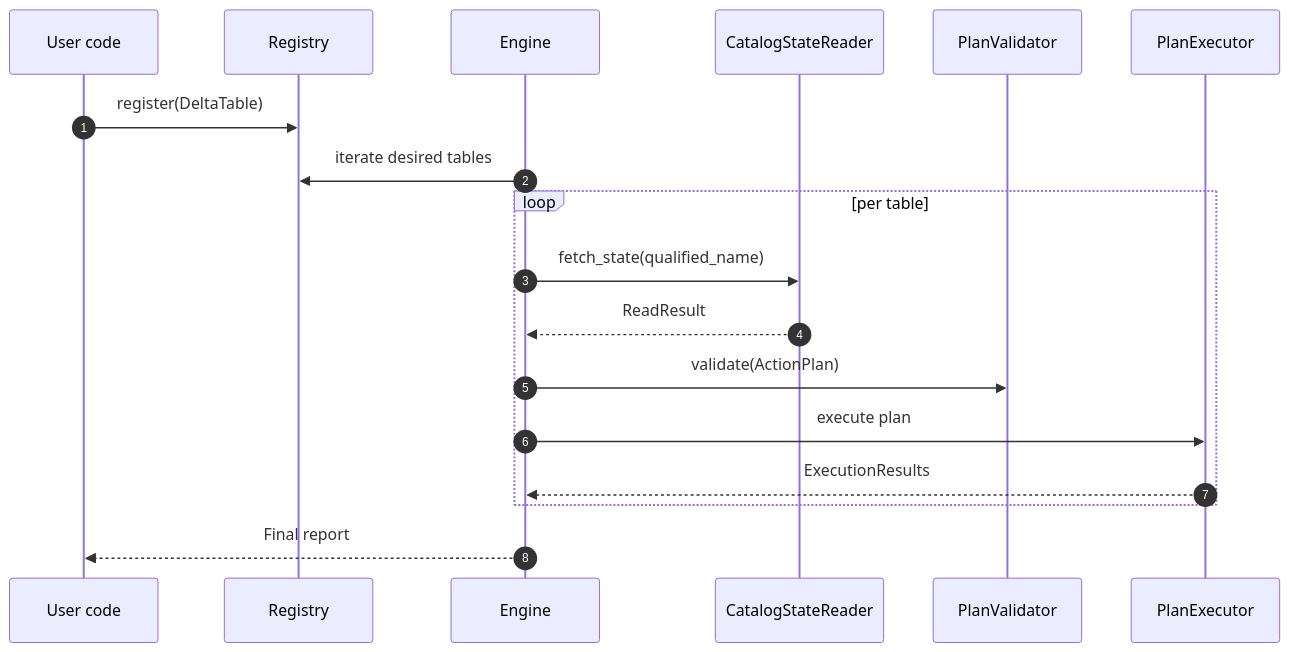
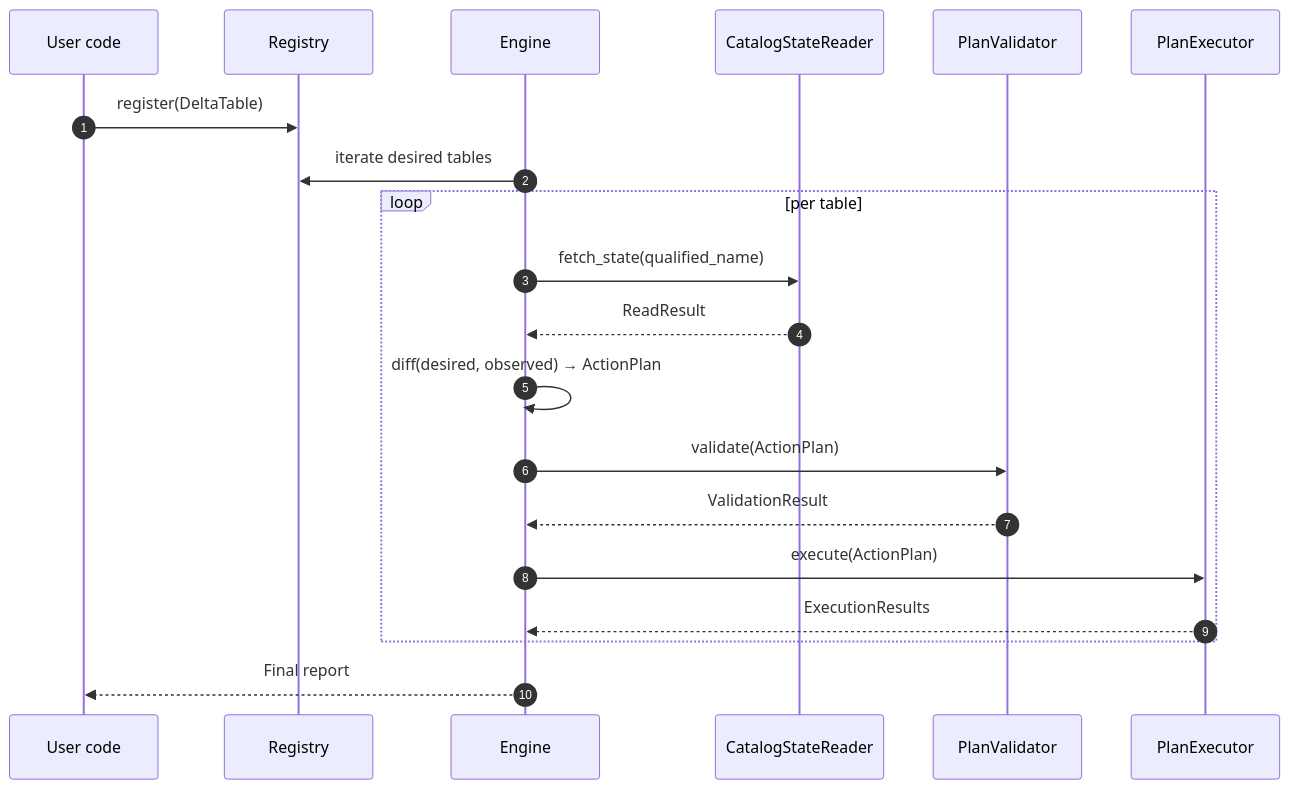
The second of 3 diagrams in docs/architecture.md (Tomoscorbin/delta-engine), drawn with Mermaid before and after one commit. The commit also changed other lines of this file and 1 other file, not shown here.

First line of the commit message:
docs: correct README and architecture diagram to match the built system

````diff
--- a/docs/architecture.md
+++ b/docs/architecture.md
@@ -72,24 +63,26 @@
 ```mermaid
 sequenceDiagram
     autonumber
     participant U as User code
     participant R as Registry
     participant E as Engine
     participant CR as CatalogStateReader
     participant V as PlanValidator
     participant X as PlanExecutor
 
     U->>R: register(DeltaTable)
     E->>R: iterate desired tables
 
     loop per table
         E->>CR: fetch_state(qualified_name)
         CR-->>E: ReadResult
+        E->>E: diff(desired, observed) → ActionPlan
         E->>V: validate(ActionPlan)
-        E->>X: execute plan
+        V-->>E: ValidationResult
+        E->>X: execute(ActionPlan)
         X-->>E: ExecutionResults
     end
 
     E-->>U: Final report
 
 ```
````
